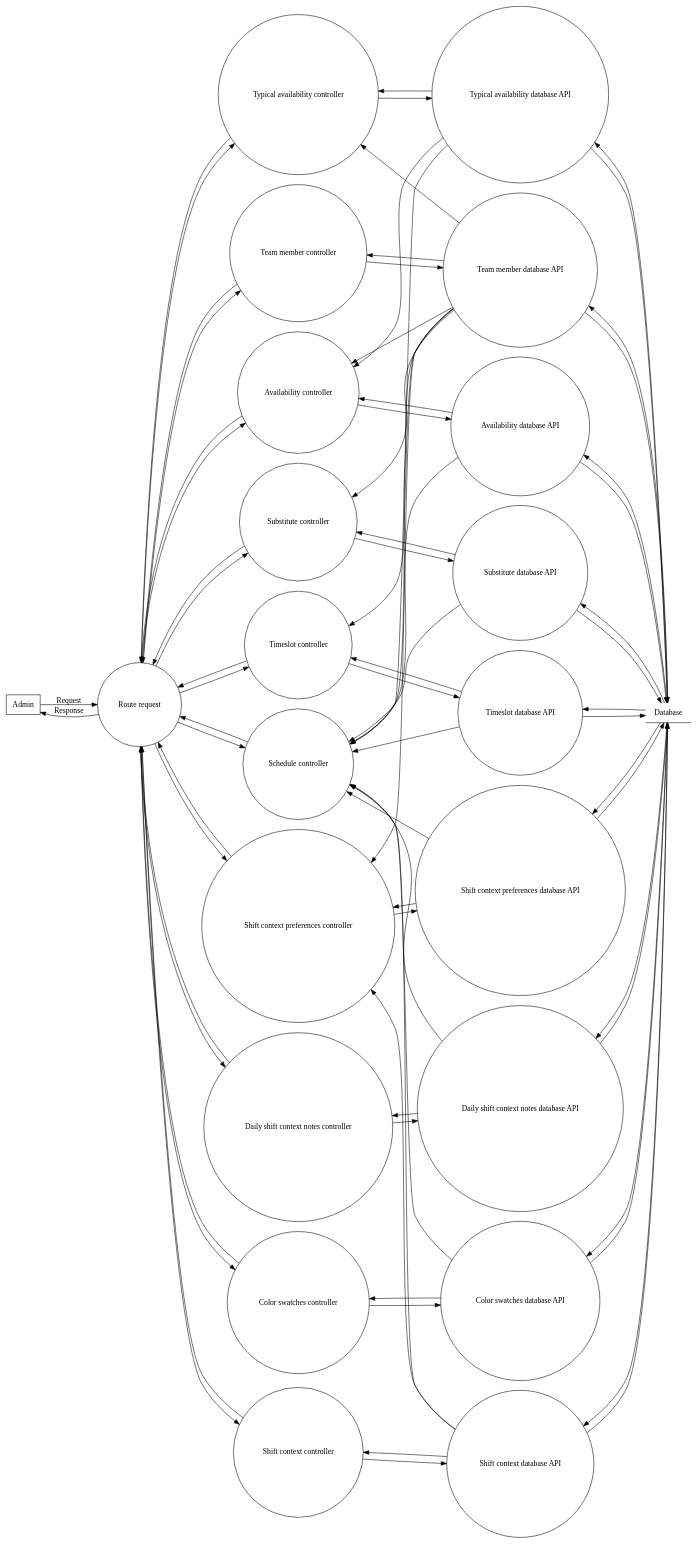
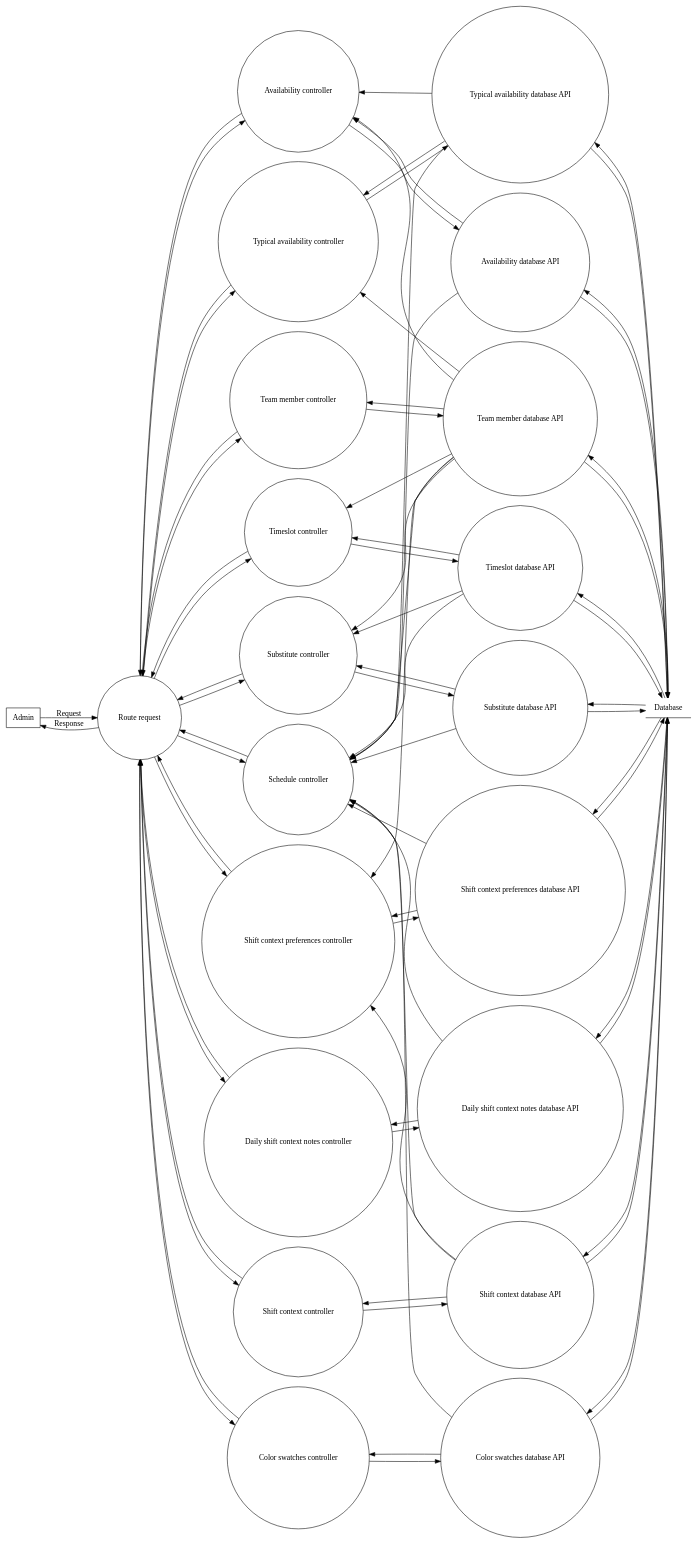
The diagram in docs/dfd_level_2.dot (luke-hamann/stc-cis-248), drawn with Graphviz before and after one commit.

```diff
--- a/docs/dfd_level_2.dot
+++ b/docs/dfd_level_2.dot
@@ -1,129 +1,131 @@
 digraph data_flow_diagram {
     rankdir = "LR"
     node [ shape = circle ]
     
     Admin [ shape = box ]
     
     Admin -> "Route request" [ label = "Request" ]
     "Route request" -> Admin [ label = "Response" ]
 
     subgraph controllers {
         rank = "same"
         
         "Team member controller"
         "Typical availability controller"
         "Availability controller"
         "Shift context controller"
         "Shift context preferences controller"
         "Color swatches controller"
         "Daily shift context notes controller"
         "Timeslot controller"
         "Substitute controller"
         "Schedule controller"
     }
     
     "Route request" -> {
         "Team member controller"
         "Typical availability controller"
         "Availability controller"
         "Shift context controller"
         "Shift context preferences controller"
         "Color swatches controller"
         "Daily shift context notes controller"
         "Timeslot controller"
         "Substitute controller"
         "Schedule controller"
     } -> "Route request"
     
     /* Database APIs */
     
     subgraph database_api {
         rank = "same"
         
         "Team member database API"
         "Typical availability database API"
         "Availability database API"
         "Shift context database API"
         "Shift context preferences database API"
         "Color swatches database API"
         "Daily shift context notes database API"
         "Timeslot database API"
         "Substitute database API"
     }
     
     /* Base database connections */
     
     "Team member controller" ->
         "Team member database API" ->
         "Team member controller"
     
     "Typical availability controller" ->
         "Typical availability database API" ->
         "Typical availability controller"
     
     "Availability controller" ->
         "Availability database API" ->
         "Availability controller"
     
     "Shift context controller" ->
         "Shift context database API" ->
         "Shift context controller"
     
     "Shift context preferences controller" ->
         "Shift context preferences database API" ->
         "Shift context preferences controller"
     
     "Color swatches controller" ->
         "Color swatches database API" ->
         "Color swatches controller"
     
     "Daily shift context notes controller" ->
         "Daily shift context notes database API" ->
         "Daily shift context notes controller"
     
     "Timeslot controller" ->
         "Timeslot database API" ->
         "Timeslot controller"
     
     "Substitute controller" ->
         "Substitute database API" ->
         "Substitute controller"
     
     /* Additional database connections */
     
     "Team member database API" -> "Availability controller"
     "Team member database API" -> "Typical availability controller"
     "Team member database API" -> "Shift context preferences controller"
     "Team member database API" -> "Substitute controller"
     "Team member database API" -> "Timeslot controller"
     "Typical availability database API" -> "Availability controller"
     "Shift context database API" -> "Shift context preferences controller"
     
+    "Timeslot database API" -> "Substitute controller"
+    
     {
         "Team member database API"
         "Typical availability database API"
         "Availability database API"
         "Shift context database API"
         "Shift context preferences database API"
         "Color swatches database API"
         "Daily shift context notes database API"
         "Timeslot database API"
         "Substitute database API"
     } -> "Schedule controller"
     
     /* Database */
     
     Database [ shape = underline ]
     
     Database -> {
         "Team member database API"
         "Typical availability database API"
         "Availability database API"
         "Shift context database API"
         "Shift context preferences database API"
         "Color swatches database API"
         "Daily shift context notes database API"
         "Timeslot database API"
         "Substitute database API"
     } -> Database
 }
```
